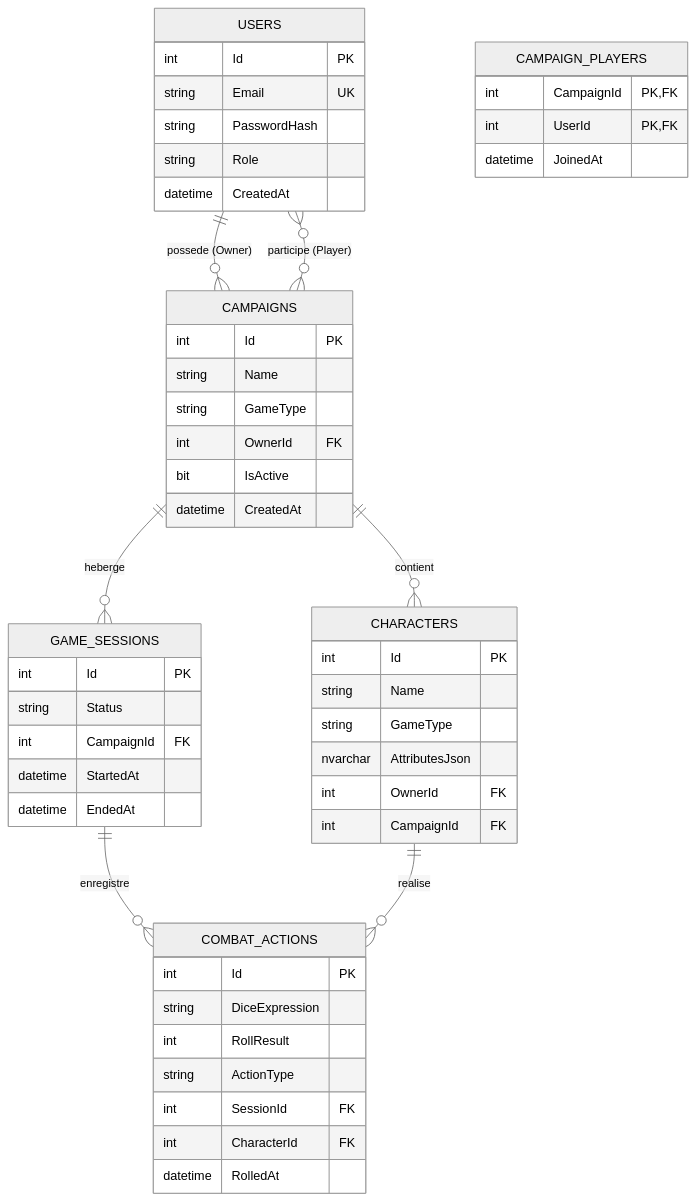
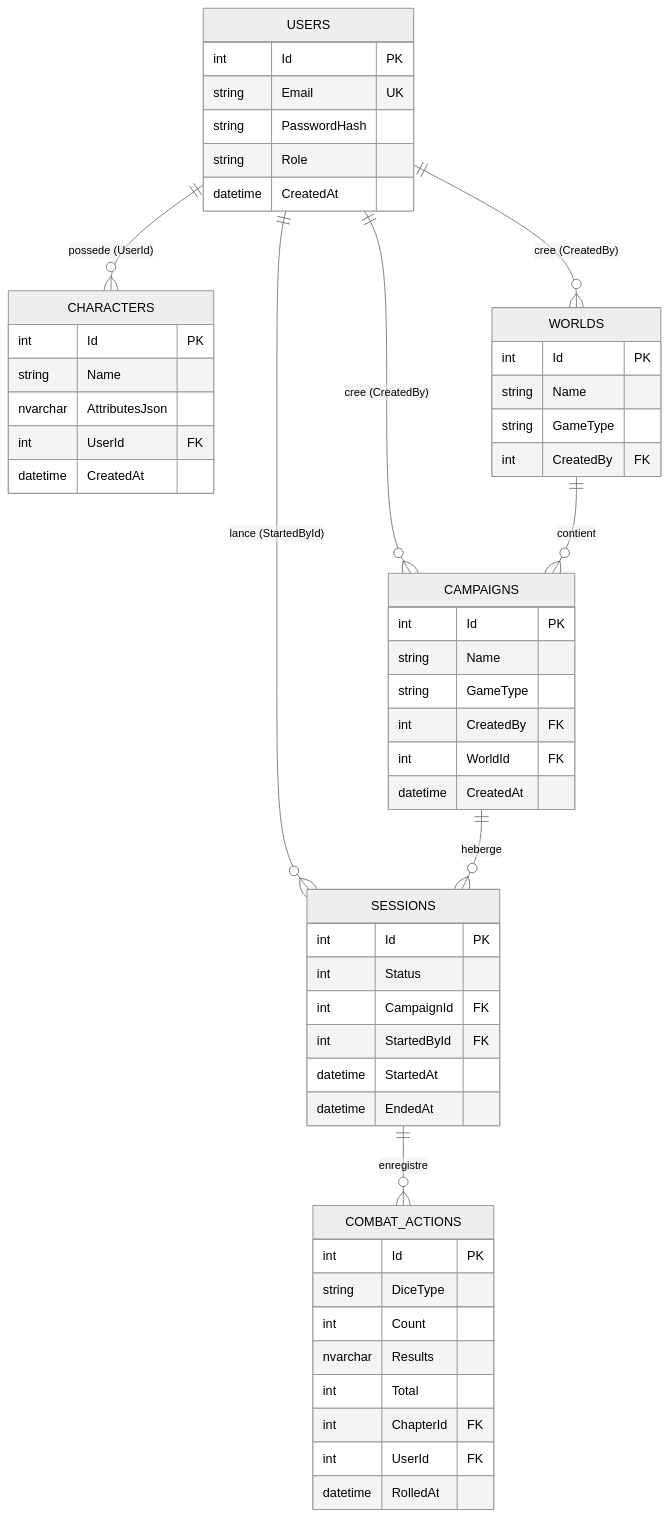
One commit to Tomtoxi44/Chronique_Des_Mondes changed the fifth of 6 diagrams in dossier-bloc2.md. Above: the diagram before and after it, drawn with Mermaid (neutral theme). The commit also changed other lines of this file, not shown here.

Commit message:
docs(bloc2): final proofreading - ER diagram + HTTP codes alignment
ER diagram (Section 4.4) rebuilt from real EF Core models:
- CAMPAIGNS.OwnerId -> CreatedBy (matches Campaign.cs)
- CHARACTERS.OwnerId -> UserId (matches Character.cs)
- Added WORLDS entity (real model: Campaign belongs to World)
- Sessions.StartedById (matches real schema, not GmUserId)
- Removed phantom CAMPAIGN_PLAYERS and GAME_SESSIONS tables
- Removed CHARACTERS.CampaignId (characters are not directly in campaigns)

Cahier de recettes (Section 8.2):
- AUTH-002: 401 -> 400 Bad Request (real AuthEndpoints.cs line 77 returns BadRequest)
  This is intentional: API returns 400 for all auth failures (no hint on email vs password)

Notes de révision: all items resolved, section ready for final cleanup before submission.

````diff
--- a/dossier-bloc2.md
+++ b/dossier-bloc2.md
@@ -425,54 +425,57 @@
 ```mermaid
 erDiagram
     USERS {
         int Id PK
         string Email UK
         string PasswordHash
         string Role
         datetime CreatedAt
     }
     CAMPAIGNS {
         int Id PK
         string Name
         string GameType
-        int OwnerId FK
-        bit IsActive
+        int CreatedBy FK
+        int WorldId FK
         datetime CreatedAt
-    }
-    CAMPAIGN_PLAYERS {
-        int CampaignId PK,FK
-        int UserId PK,FK
-        datetime JoinedAt
     }
     CHARACTERS {
         int Id PK
         string Name
+        nvarchar AttributesJson
+        int UserId FK
+        datetime CreatedAt
+    }
+    WORLDS {
+        int Id PK
+        string Name
         string GameType
-        nvarchar AttributesJson
-        int OwnerId FK
+        int CreatedBy FK
+    }
+    SESSIONS {
+        int Id PK
+        int Status
         int CampaignId FK
-    }
-    GAME_SESSIONS {
-        int Id PK
-        string Status
-        int CampaignId FK
+        int StartedById FK
         datetime StartedAt
         datetime EndedAt
     }
     COMBAT_ACTIONS {
         int Id PK
-        string DiceExpression
-        int RollResult
-        string ActionType
-        int SessionId FK
-        int CharacterId FK
+        string DiceType
+        int Count
+        nvarchar Results
+        int Total
+        int ChapterId FK
+        int UserId FK
         datetime RolledAt
     }
 
-    USERS ||--o{ CAMPAIGNS : "possede (Owner)"
-    USERS }o--o{ CAMPAIGNS : "participe (Player)"
-    CAMPAIGNS ||--o{ CHARACTERS : "contient"
-    CAMPAIGNS ||--o{ GAME_SESSIONS : "heberge"
-    GAME_SESSIONS ||--o{ COMBAT_ACTIONS : "enregistre"
-    CHARACTERS ||--o{ COMBAT_ACTIONS : "realise"
+    USERS ||--o{ CAMPAIGNS : "cree (CreatedBy)"
+    USERS ||--o{ CHARACTERS : "possede (UserId)"
+    USERS ||--o{ SESSIONS : "lance (StartedById)"
+    USERS ||--o{ WORLDS : "cree (CreatedBy)"
+    WORLDS ||--o{ CAMPAIGNS : "contient"
+    CAMPAIGNS ||--o{ SESSIONS : "heberge"
+    SESSIONS ||--o{ COMBAT_ACTIONS : "enregistre"
 ```
````
